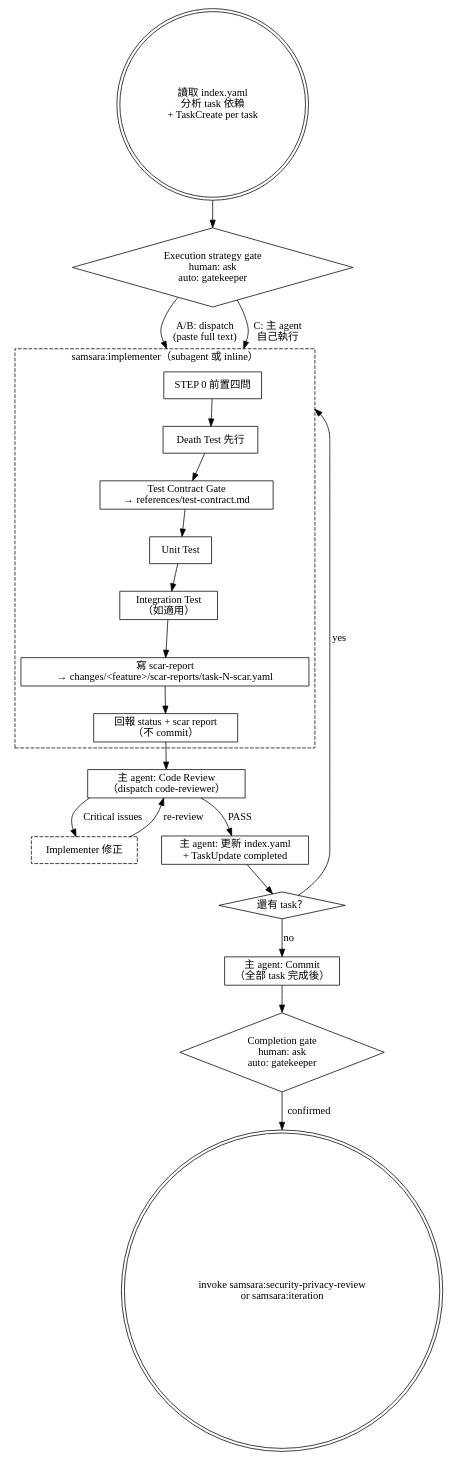
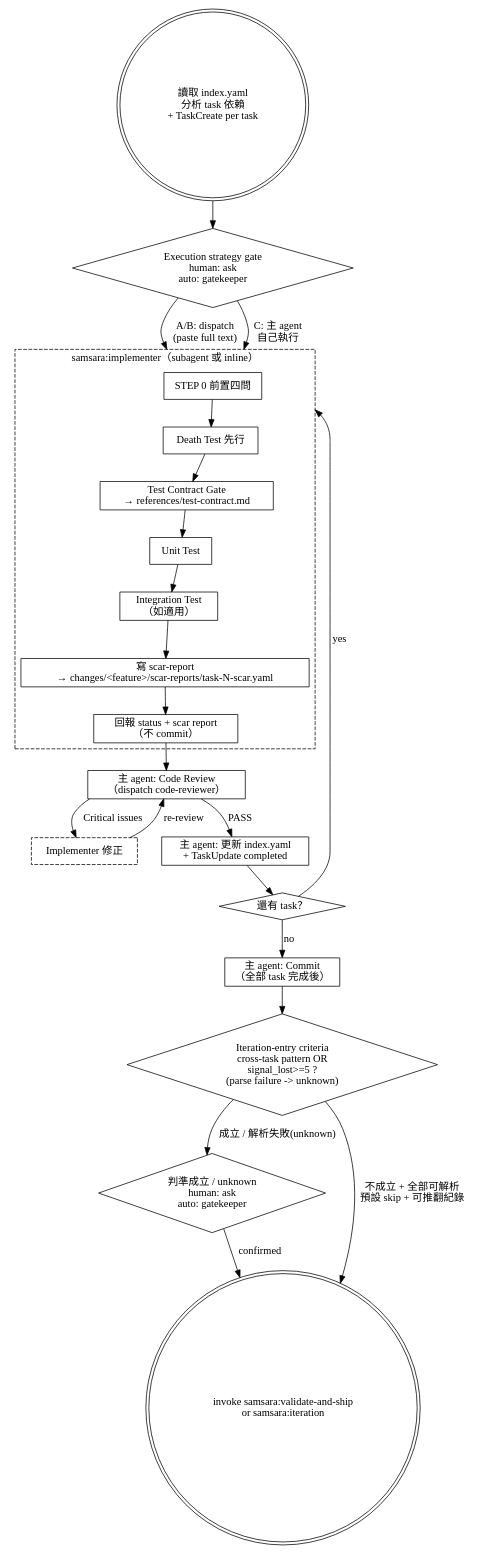
The diagram in skills/implement/SKILL.md (roymondliao/samsara), drawn with Graphviz before and after one commit. The commit also changed other lines of this file and 55 other files, not shown here.

````diff
--- a/skills/implement/SKILL.md
+++ b/skills/implement/SKILL.md
@@ -21,50 +21,53 @@
 ```dot
 digraph implement {
     node [shape=box];
     compound=true;
 
     start [label="讀取 index.yaml\n分析 task 依賴\n+ TaskCreate per task" shape=doublecircle];
     mode [label="Execution strategy gate\nhuman: ask\nauto: gatekeeper" shape=diamond];
 
     subgraph cluster_implementer {
         label="samsara:implementer（subagent 或 inline）";
         style=dashed;
         step0 [label="STEP 0 前置四問"];
         death_test [label="Death Test 先行"];
         contract_gate [label="Test Contract Gate\n→ references/test-contract.md"];
         unit_test [label="Unit Test"];
         integration [label="Integration Test\n（如適用）"];
         scar [label="寫 scar-report\n→ changes/<feature>/scar-reports/task-N-scar.yaml"];
         report [label="回報 status + scar report\n（不 commit）"];
     }
 
     review [label="主 agent: Code Review\n（dispatch code-reviewer）"];
     fix [label="Implementer 修正" style=dashed];
     update [label="主 agent: 更新 index.yaml\n+ TaskUpdate completed"];
     more [label="還有 task？" shape=diamond];
     commit [label="主 agent: Commit\n（全部 task 完成後）"];
-    gate [label="Completion gate\nhuman: ask\nauto: gatekeeper" shape=diamond];
-    next [label="invoke samsara:security-privacy-review\nor samsara:iteration" shape=doublecircle];
+    criteria [label="Iteration-entry criteria\ncross-task pattern OR\nsignal_lost>=5 ?\n(parse failure -> unknown)" shape=diamond];
+    gate [label="判準成立 / unknown\nhuman: ask\nauto: gatekeeper" shape=diamond];
+    next [label="invoke samsara:validate-and-ship\nor samsara:iteration" shape=doublecircle];
 
     start -> mode;
     mode -> step0 [label="A/B: dispatch\n(paste full text)" lhead=cluster_implementer];
     mode -> step0 [label="C: 主 agent\n自己執行" lhead=cluster_implementer];
 
     step0 -> death_test;
     death_test -> contract_gate;
     contract_gate -> unit_test;
     unit_test -> integration;
     integration -> scar;
     scar -> report;
 
     report -> review;
     review -> update [label="PASS"];
     review -> fix [label="Critical issues"];
     fix -> review [label="re-review"];
     update -> more;
     more -> step0 [label="yes" lhead=cluster_implementer];
     more -> commit [label="no"];
-    commit -> gate;
+    commit -> criteria;
+    criteria -> gate [label="成立 / 解析失敗(unknown)"];
+    criteria -> next [label="不成立 + 全部可解析\n預設 skip + 可推翻紀錄"];
     gate -> next [label="confirmed"];
 }
 ```
````
